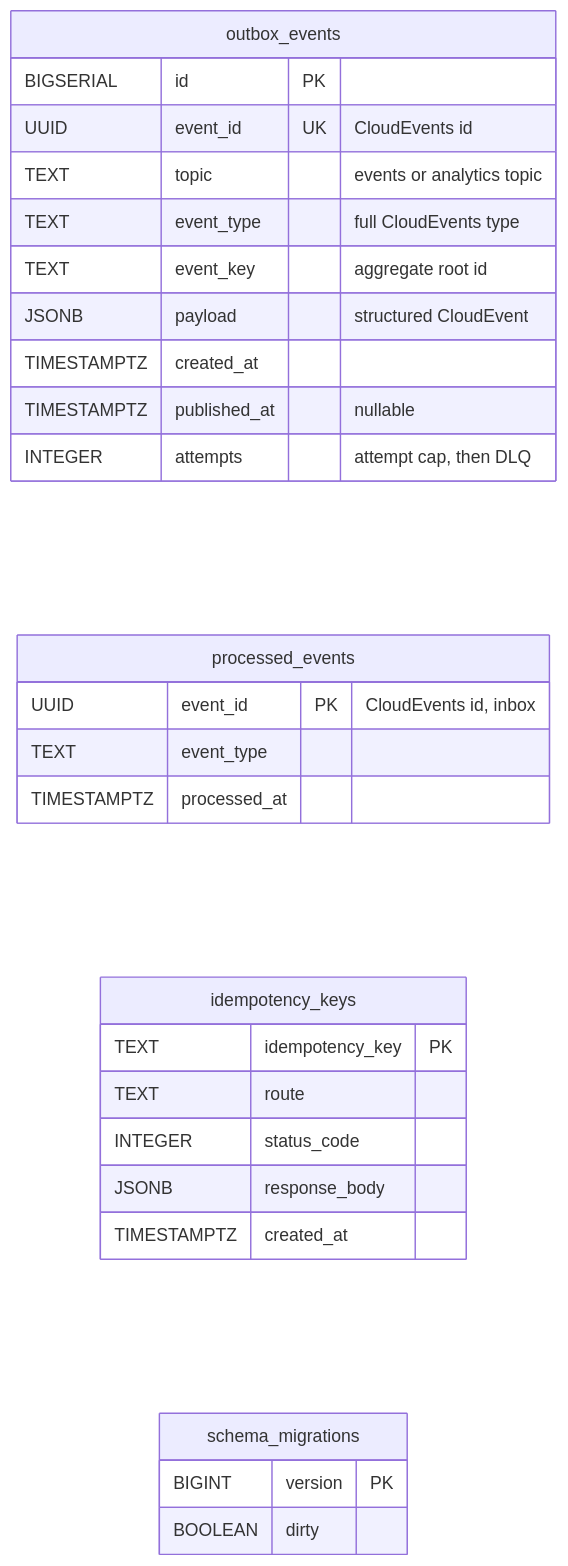
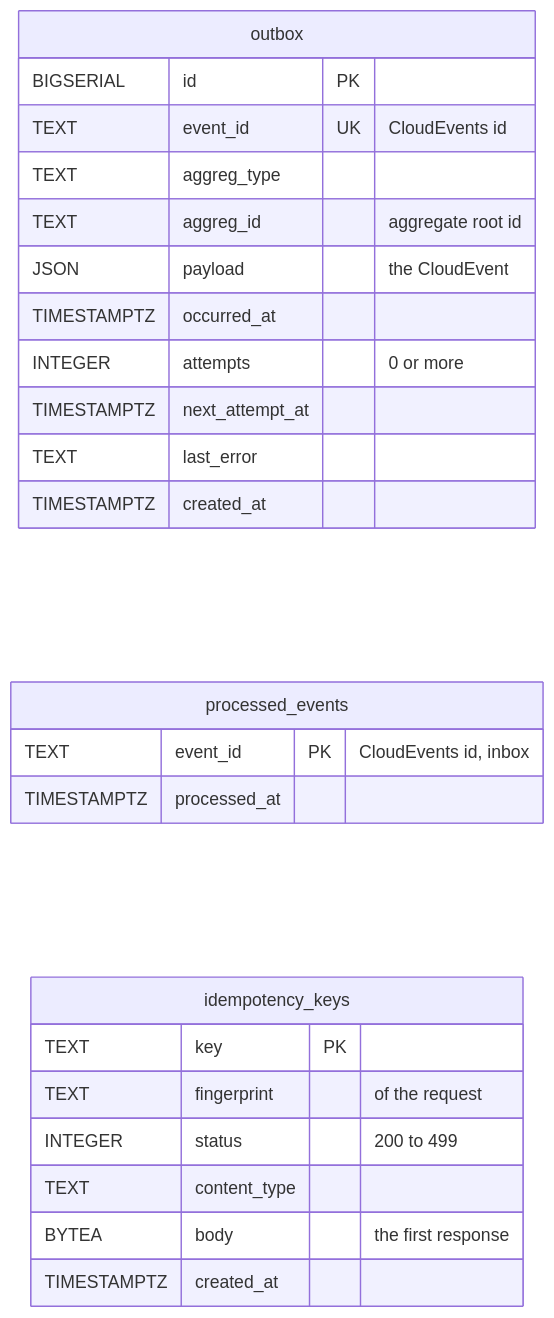
The seventh of 8 diagrams in yard/docs/contexts/yard-management/entity-relationship.md (IQVO/warehouse-docs), drawn with Mermaid before and after one commit. The commit also changed other lines of this file and 51 other files, not shown here.

````diff
--- a/yard/docs/contexts/yard-management/entity-relationship.md
+++ b/yard/docs/contexts/yard-management/entity-relationship.md
@@ -260,31 +248,28 @@
 ```mermaid
 erDiagram
     direction LR
-    outbox_events {
+    outbox {
         BIGSERIAL id PK
-        UUID event_id UK "CloudEvents id"
-        TEXT topic "events or analytics topic"
-        TEXT event_type "full CloudEvents type"
-        TEXT event_key "aggregate root id"
-        JSONB payload "structured CloudEvent"
+        TEXT event_id UK "CloudEvents id"
+        TEXT aggreg_type
+        TEXT aggreg_id "aggregate root id"
+        JSON payload "the CloudEvent"
+        TIMESTAMPTZ occurred_at
+        INTEGER attempts "0 or more"
+        TIMESTAMPTZ next_attempt_at
+        TEXT last_error
         TIMESTAMPTZ created_at
-        TIMESTAMPTZ published_at "nullable"
-        INTEGER attempts "attempt cap, then DLQ"
     }
     processed_events {
-        UUID event_id PK "CloudEvents id, inbox"
-        TEXT event_type
+        TEXT event_id PK "CloudEvents id, inbox"
         TIMESTAMPTZ processed_at
     }
     idempotency_keys {
-        TEXT idempotency_key PK
-        TEXT route
-        INTEGER status_code
-        JSONB response_body
+        TEXT key PK
+        TEXT fingerprint "of the request"
+        INTEGER status "200 to 499"
+        TEXT content_type
+        BYTEA body "the first response"
         TIMESTAMPTZ created_at
     }
-    schema_migrations {
-        BIGINT version PK
-        BOOLEAN dirty
-    }
 ```
````
